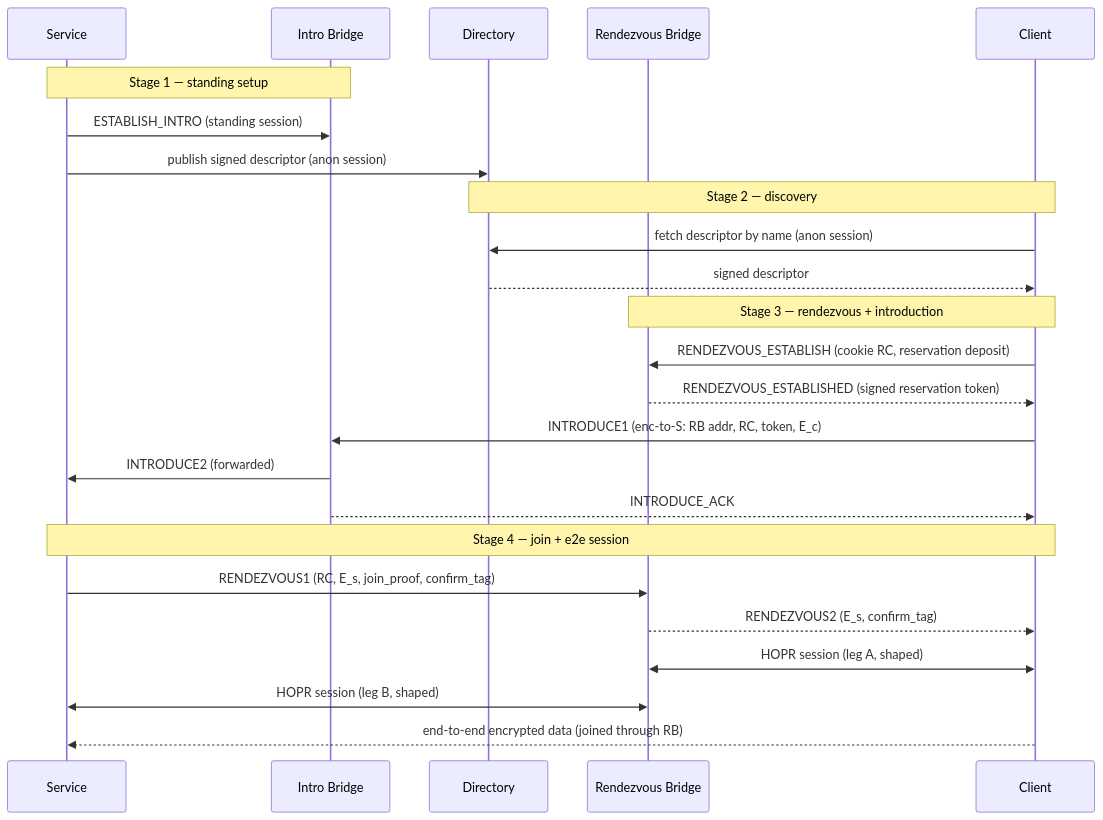
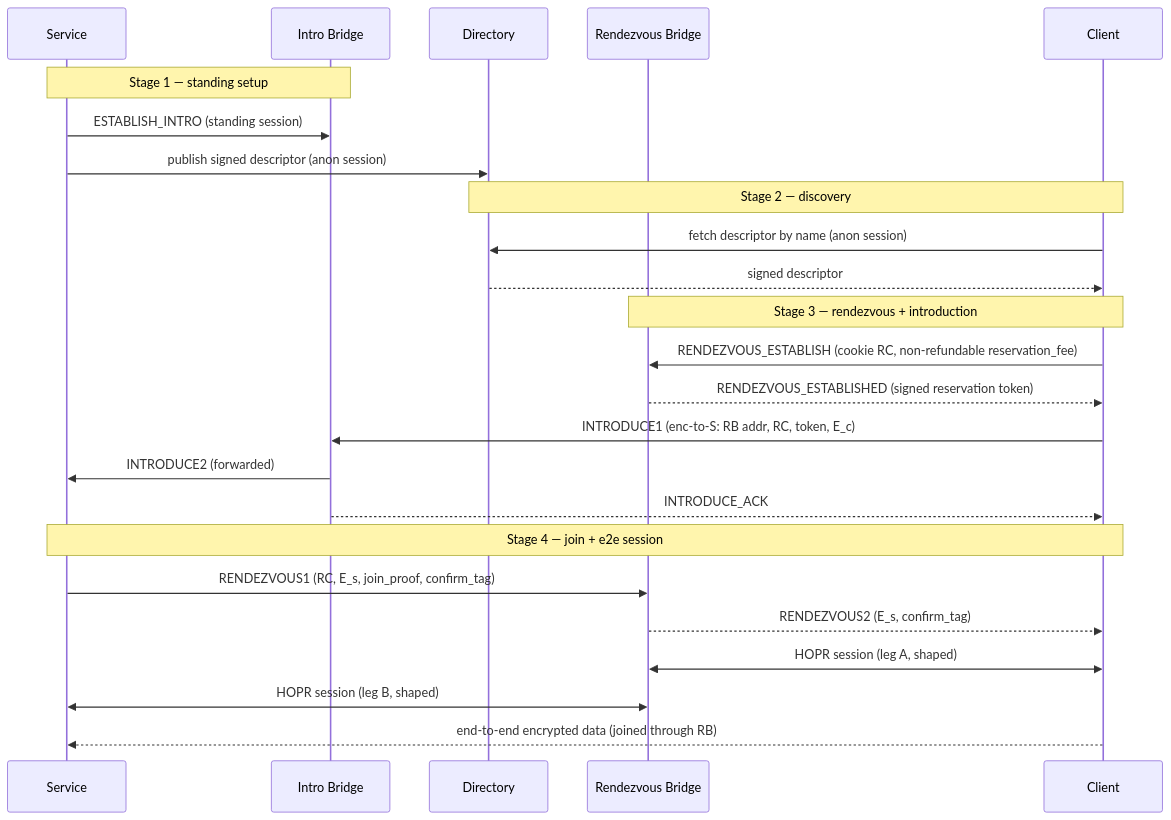
One commit to hoprnet/rfc changed the diagram in rfcs/RFC-0015-onion-services/0015-onion-services.md. Above: the diagram before and after it, drawn with Mermaid. The commit also changed other lines of this file and 1 other file, not shown here.

````diff
--- a/rfcs/RFC-0015-onion-services/0015-onion-services.md
+++ b/rfcs/RFC-0015-onion-services/0015-onion-services.md
@@ -173,30 +173,30 @@
 ```mermaid
 sequenceDiagram
     participant S as Service
     participant IB as Intro Bridge
     participant DIR as Directory
     participant RB as Rendezvous Bridge
     participant C as Client
 
     Note over S,IB: Stage 1 — standing setup
     S->>IB: ESTABLISH_INTRO (standing session)
     S->>DIR: publish signed descriptor (anon session)
 
     Note over C,DIR: Stage 2 — discovery
     C->>DIR: fetch descriptor by name (anon session)
     DIR-->>C: signed descriptor
 
     Note over C,RB: Stage 3 — rendezvous + introduction
-    C->>RB: RENDEZVOUS_ESTABLISH (cookie RC, reservation deposit)
+    C->>RB: RENDEZVOUS_ESTABLISH (cookie RC, non-refundable reservation_fee)
     RB-->>C: RENDEZVOUS_ESTABLISHED (signed reservation token)
     C->>IB: INTRODUCE1 (enc-to-S: RB addr, RC, token, E_c)
     IB->>S: INTRODUCE2 (forwarded)
     IB-->>C: INTRODUCE_ACK
 
     Note over S,C: Stage 4 — join + e2e session
     S->>RB: RENDEZVOUS1 (RC, E_s, join_proof, confirm_tag)
     RB-->>C: RENDEZVOUS2 (E_s, confirm_tag)
     C<<->>RB: HOPR session (leg A, shaped)
     S<<->>RB: HOPR session (leg B, shaped)
     C-->>S: end-to-end encrypted data (joined through RB)
 ```
````
